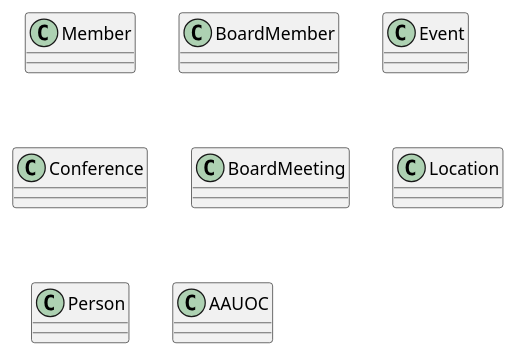
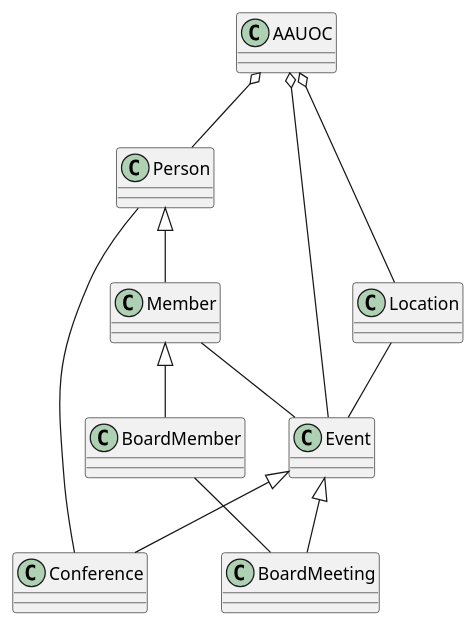
Before and after one commit to MissTurtle/UMLClasesElena: the diagram in src/UMLClasesElena.puml, drawn with PlantUML.

Commit message:
CreaciónDelModeloDeDatos

```diff
--- a/src/UMLClasesElena.puml
+++ b/src/UMLClasesElena.puml
@@ -1,26 +1,37 @@
 @startuml
 class Member{
 
 }
 class BoardMember{
 
 }
 class Event{
 
 }
 class Conference{
 
 }
 class BoardMeeting{
 
 }
 class Location{
 
 }
 class Person{
 
 }
 class AAUOC{
 
 }
+Event <|-- Conference
+Event <|-- BoardMeeting
+Person <|-- Member
+Member <|-- BoardMember
+AAUOC o-- Person
+AAUOC o-- Event
+AAUOC o-- Location
+Person -- Conference
+Member -- Event
+BoardMember -- BoardMeeting
+Location -- Event
 @enduml
```
